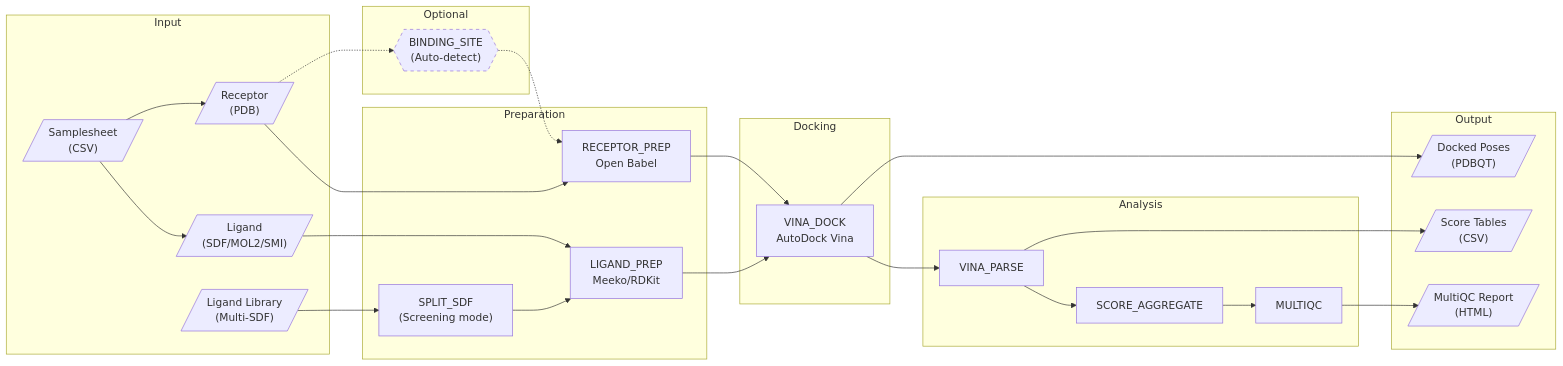
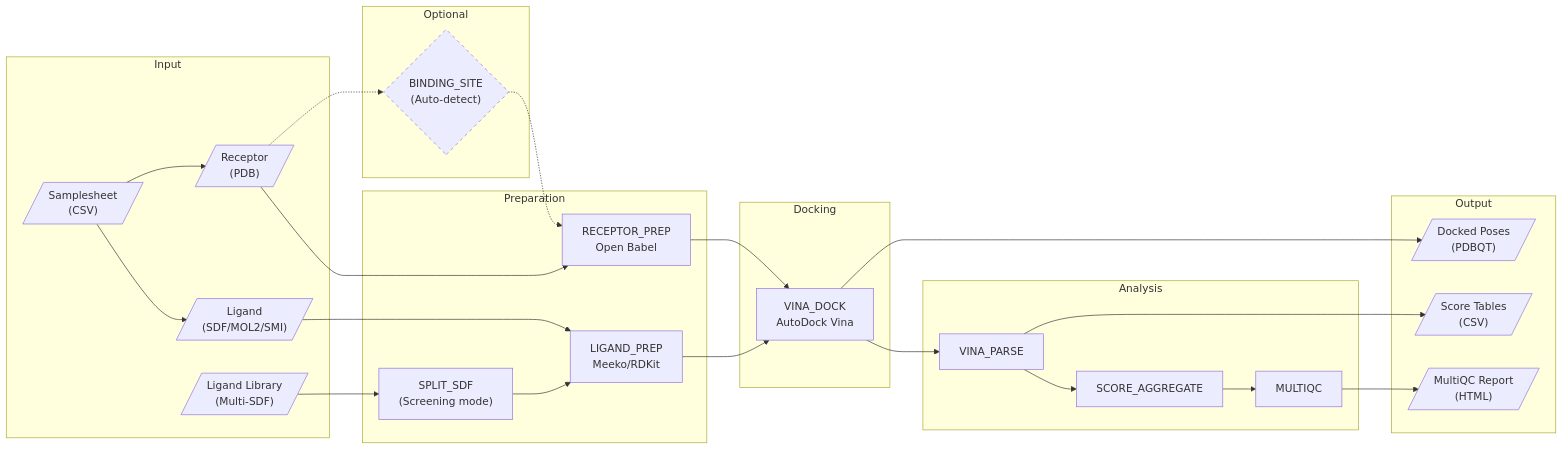
Before and after one commit to pritampanda15/nf-core-vina: the diagram in docs/images/nf-core-vina_pipeline.md, drawn with Mermaid. The commit also changed 2 other files, not shown here.

Commit message:
linting_passed

````diff
--- a/docs/images/nf-core-vina_pipeline.md
+++ b/docs/images/nf-core-vina_pipeline.md
@@ -3,50 +3,50 @@
 ```mermaid
 flowchart LR
     subgraph Input
         A[/"Samplesheet\n(CSV)"/]
         B[/"Receptor\n(PDB)"/]
         C[/"Ligand\n(SDF/MOL2/SMI)"/]
         D[/"Ligand Library\n(Multi-SDF)"/]
     end
 
     subgraph Optional
-        E{{"BINDING_SITE\n(Auto-detect)"}}
+        E{"BINDING_SITE\n(Auto-detect)"}
     end
 
     subgraph Preparation
         F["RECEPTOR_PREP\nOpen Babel"]
         G["LIGAND_PREP\nMeeko/RDKit"]
         H["SPLIT_SDF\n(Screening mode)"]
     end
 
     subgraph Docking
         I["VINA_DOCK\nAutoDock Vina"]
     end
 
     subgraph Analysis
         J["VINA_PARSE"]
         K["SCORE_AGGREGATE"]
         L["MULTIQC"]
     end
 
     subgraph Output
         M[/"Docked Poses\n(PDBQT)"/]
         N[/"Score Tables\n(CSV)"/]
         O[/"MultiQC Report\n(HTML)"/]
     end
 
     A --> B & C
     B -.-> E
     E -.-> F
     B --> F
     C --> G
     D --> H --> G
     F --> I
     G --> I
     I --> J & M
     J --> K & N
     K --> L
     L --> O
 
     style E stroke-dasharray: 5 5
 ```
````
